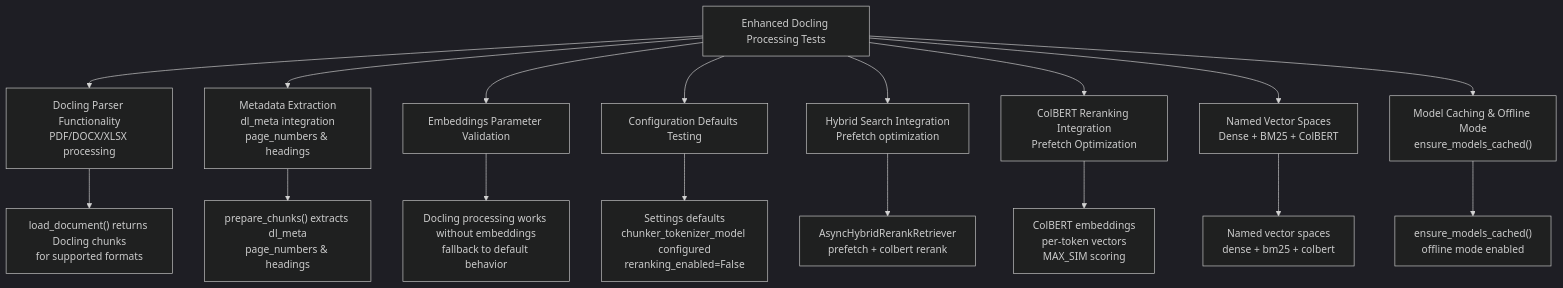
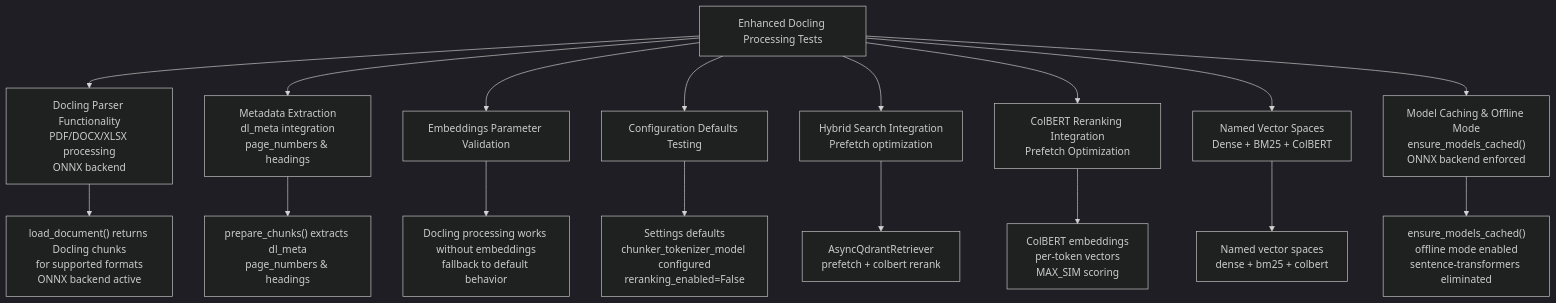
Before and after one commit to ognelis/cafetera_hr_bot: the ninth of 11 diagrams in .qoder/repowiki/en/content/RAG Integration/RAG Parser Enhancement.md, drawn with Mermaid (dark theme). The commit also changed other lines of this file and 14 other files, not shown here.

````diff
--- a/.qoder/repowiki/en/content/RAG Integration/RAG Parser Enhancement.md
+++ b/.qoder/repowiki/en/content/RAG Integration/RAG Parser Enhancement.md
@@ -435,19 +378,19 @@
 ```mermaid
 flowchart TD
-TestSuite["Enhanced Docling Processing Tests"] --> DoclingParser["Docling Parser Functionality<br/>PDF/DOCX/XLSX processing"]
+TestSuite["Enhanced Docling Processing Tests"] --> DoclingParser["Docling Parser Functionality<br/>PDF/DOCX/XLSX processing<br/>ONNX backend"]
 TestSuite --> MetadataExtraction["Metadata Extraction<br/>dl_meta integration<br/>page_numbers & headings"]
 TestSuite --> EmbeddingsValidation["Embeddings Parameter Validation"]
 TestSuite --> ConfigDefaults["Configuration Defaults Testing"]
 TestSuite --> HybridSearch["Hybrid Search Integration<br/>Prefetch optimization"]
 TestSuite --> ColBERTRerank["ColBERT Reranking Integration<br/>Prefetch Optimization"]
 TestSuite --> NamedVectors["Named Vector Spaces<br/>Dense + BM25 + ColBERT"]
-TestSuite --> ModelCaching["Model Caching & Offline Mode<br/>ensure_models_cached()"]
-DoclingParser --> Test1["load_document() returns Docling chunks<br/>for supported formats"]
+TestSuite --> ModelCaching["Model Caching & Offline Mode<br/>ensure_models_cached()<br/>ONNX backend enforced"]
+DoclingParser --> Test1["load_document() returns Docling chunks<br/>for supported formats<br/>ONNX backend active"]
 MetadataExtraction --> Test2["prepare_chunks() extracts dl_meta<br/>page_numbers & headings"]
 EmbeddingsValidation --> Test3["Docling processing works without embeddings<br/>fallback to default behavior"]
 ConfigDefaults --> Test4["Settings defaults<br/>chunker_tokenizer_model configured<br/>reranking_enabled=False"]
-HybridSearch --> Test5["AsyncHybridRerankRetriever<br/>prefetch + colbert rerank"]
+HybridSearch --> Test5["AsyncQdrantRetriever<br/>prefetch + colbert rerank"]
 ColBERTRerank --> Test6["ColBERT embeddings<br/>per-token vectors<br/>MAX_SIM scoring"]
 NamedVectors --> Test7["Named vector spaces<br/>dense + bm25 + colbert"]
-ModelCaching --> Test8["ensure_models_cached()<br/>offline mode enabled"]
+ModelCaching --> Test8["ensure_models_cached()<br/>offline mode enabled<br/>sentence-transformers eliminated"]
 ```
````
